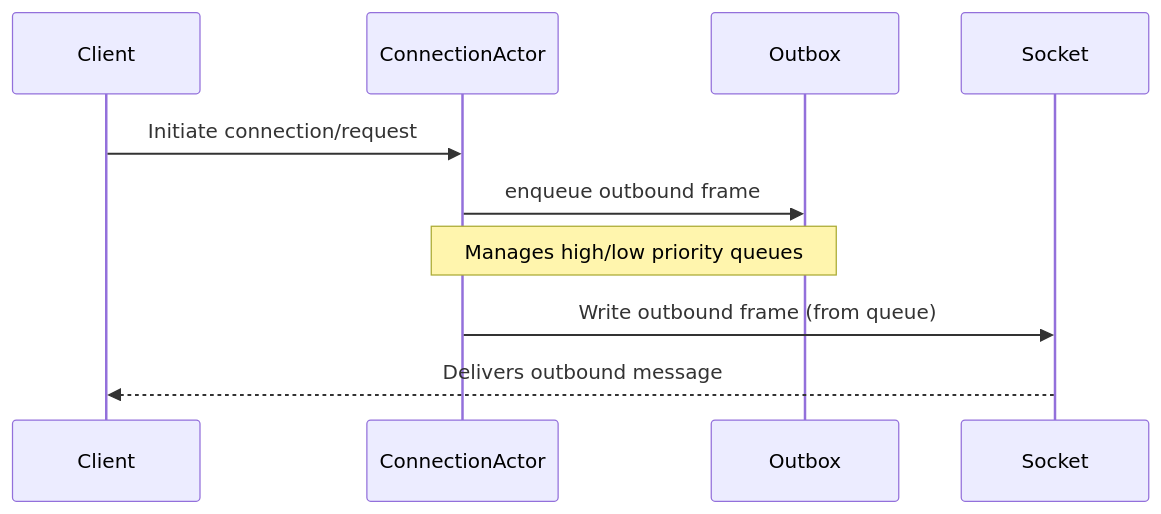
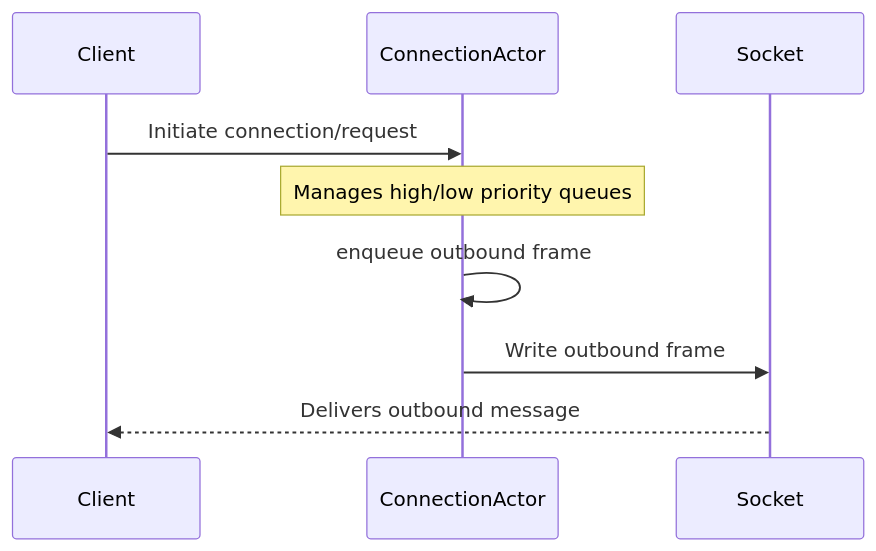
The second of 7 diagrams in docs/asynchronous-outbound-messaging-design.md (leynos/wireframe), drawn with Mermaid before and after one commit. The commit also changed other lines of this file, not shown here.

Commit message:
Clean up connection actor docs

````diff
--- a/docs/asynchronous-outbound-messaging-design.md
+++ b/docs/asynchronous-outbound-messaging-design.md
@@ -166,13 +164,12 @@
 ```mermaid
 sequenceDiagram
     participant Client
     participant ConnectionActor
-    participant Queue as Outbox
     participant Socket
 
     Client->>ConnectionActor: Initiate connection/request
-    ConnectionActor->>Queue: enqueue outbound frame
-    Note over ConnectionActor,Queue: Manages high/low priority queues
-    ConnectionActor->>Socket: Write outbound frame (from queue)
+    Note over ConnectionActor: Manages high/low priority queues
+    ConnectionActor->>ConnectionActor: enqueue outbound frame
+    ConnectionActor->>Socket: Write outbound frame
     Socket-->>Client: Delivers outbound message
 ```
````
